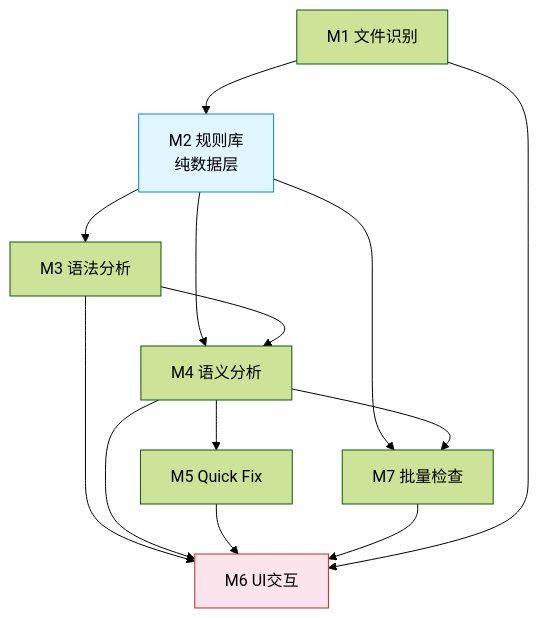
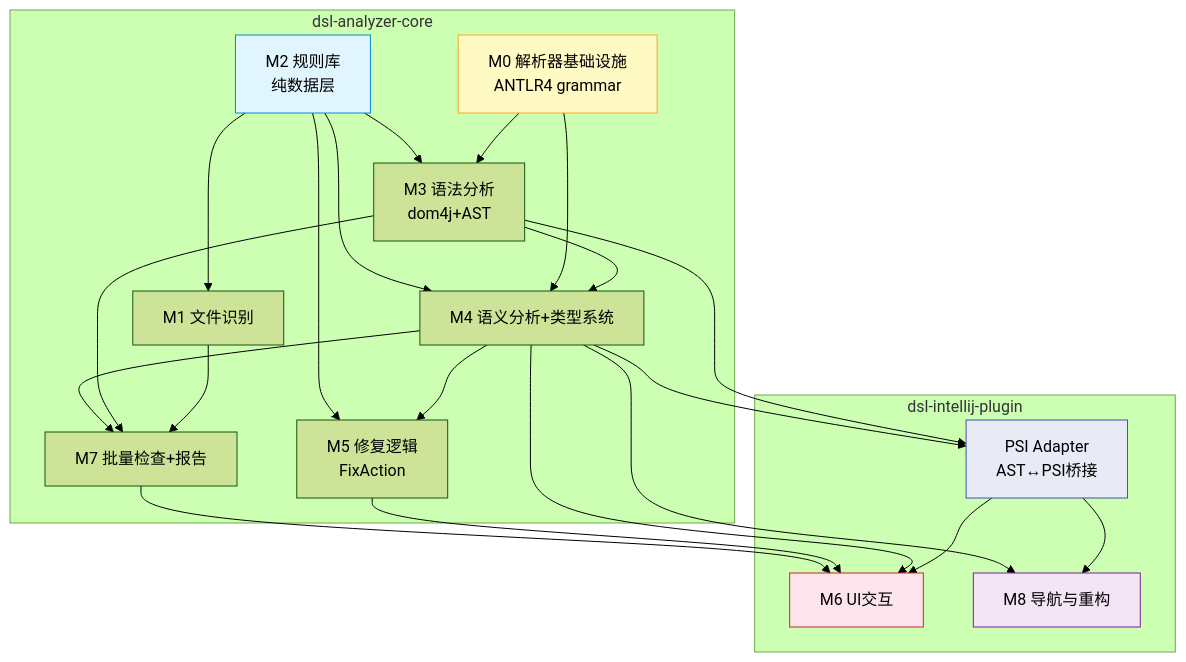
One commit to araragi-koyomin/theme-engine-dsl-static-analyzer changed the first of 3 diagrams in docs/Architecture.md. Above: the diagram before and after it, drawn with Mermaid (forest theme). The commit also changed other lines of this file, not shown here.

First line of the commit message:
docs: rewrite Architecture.md for 10-module core/plugin architecture

````diff
--- a/docs/Architecture.md
+++ b/docs/Architecture.md
@@ -28,18 +77,44 @@
 ```mermaid
 graph TD
-    M1[M1 文件识别] --> M2[M2 规则库<br/>纯数据层]
-    M2 --> M3[M3 语法分析]
-    M2 --> M4[M4 语义分析]
-    M2 --> M7[M7 批量检查]
+    subgraph dsl-analyzer-core
+        M0[M0 解析器基础设施<br/>ANTLR4 grammar]
+        M1[M1 文件识别]
+        M2[M2 规则库<br/>纯数据层]
+        M3[M3 语法分析<br/>dom4j+AST]
+        M4[M4 语义分析+类型系统]
+        M5[M5 修复逻辑<br/>FixAction]
+        M7[M7 批量检查+报告]
+    end
+
+    subgraph dsl-intellij-plugin
+        PSI[PSI Adapter<br/>AST↔PSI桥接]
+        M6[M6 UI交互]
+        M8[M8 导航与重构]
+    end
+
+    M2 --> M1
+    M0 --> M3
+    M2 --> M3
     M3 --> M4
-    M3 --> M6[M6 UI交互]
-    M4 --> M5[M5 Quick Fix]
+    M0 --> M4
+    M2 --> M4
+    M4 --> M5
+    M2 --> M5
+    M1 --> M7
+    M3 --> M7
+    M4 --> M7
+    M3 --> PSI
+    M4 --> PSI
+    PSI --> M6
+    PSI --> M8
     M4 --> M6
-    M4 --> M7
     M5 --> M6
     M7 --> M6
-    M1 --> M6
+    M4 --> M8
 
     style M2 fill:#e1f5fe,stroke:#0288d1
+    style M0 fill:#fff9c4,stroke:#f9a825
+    style PSI fill:#e8eaf6,stroke:#3f51b5
     style M6 fill:#fce4ec,stroke:#c62828
+    style M8 fill:#f3e5f5,stroke:#7b1fa2
 ```
````
